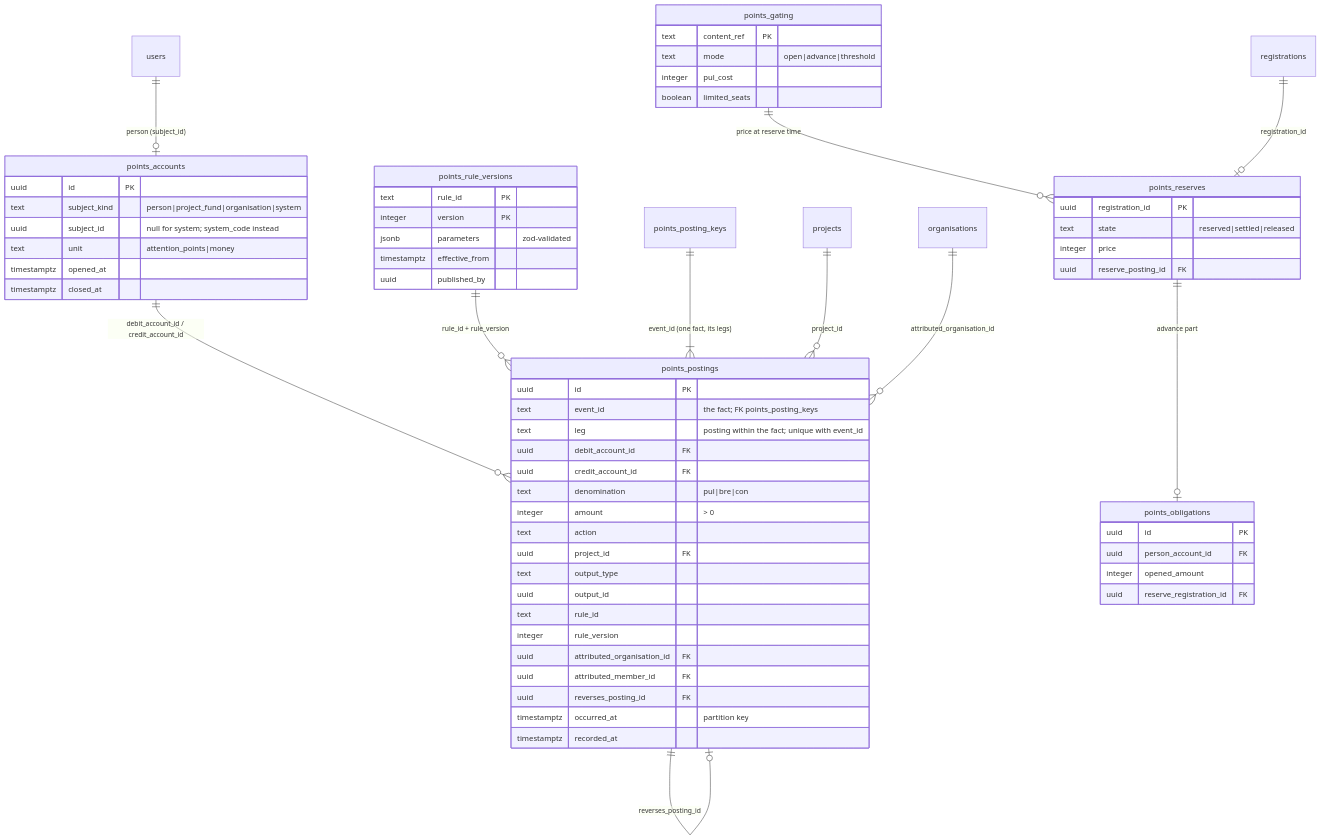
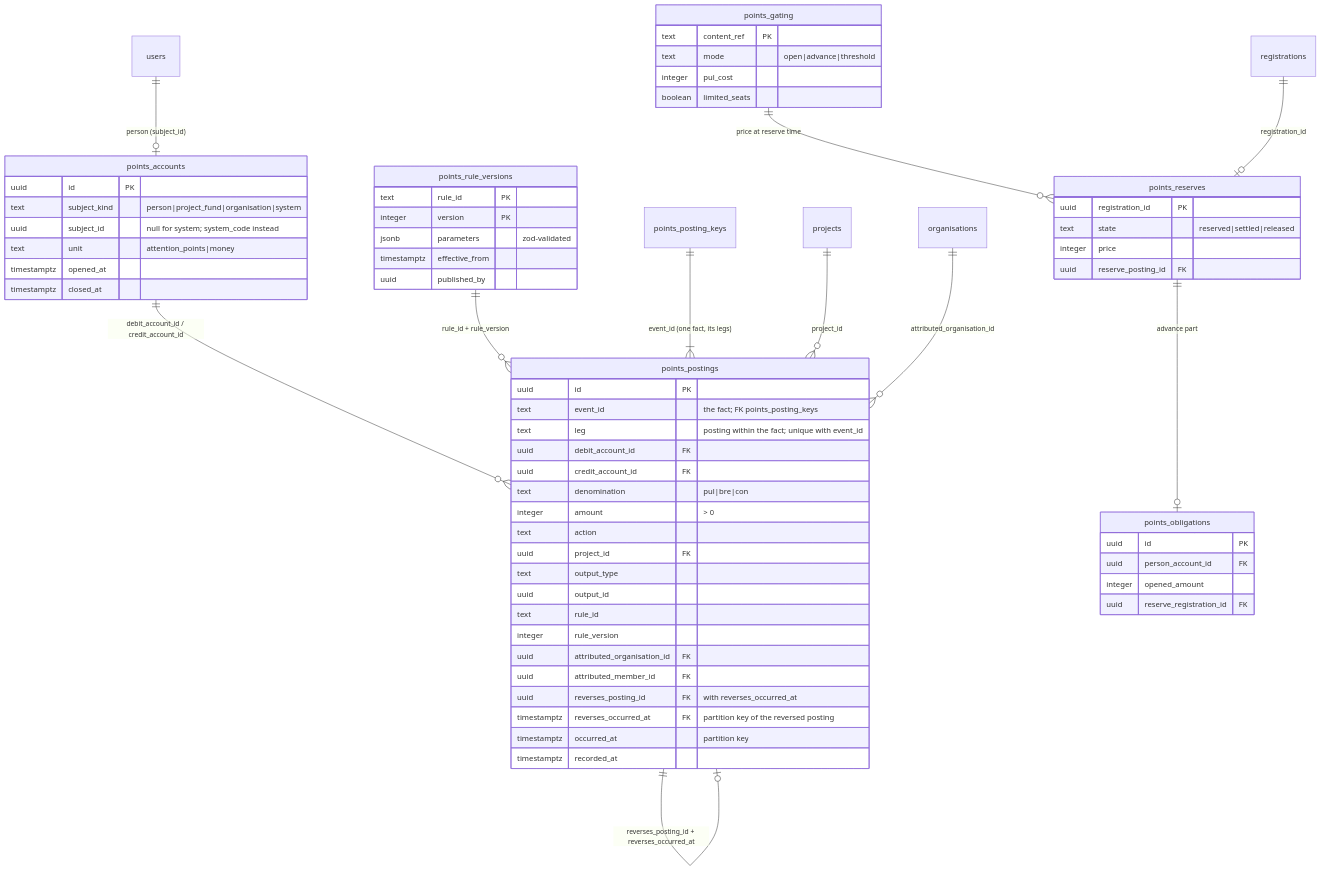
Before and after one commit to doctor-school/ds-platform: the first of 3 diagrams in apps/docs/content/specs/features/025-attention-points-engine/025-design.md, drawn with Mermaid. The commit also changed other lines of this file and 22 other files, not shown here.

First line of the commit message:
feat(3807): 025 attention-points ledger core — accounts, postings, immutability, dedupe, frozen account (#3821)

````diff
--- a/apps/docs/content/specs/features/025-attention-points-engine/025-design.md
+++ b/apps/docs/content/specs/features/025-attention-points-engine/025-design.md
@@ -18,67 +18,68 @@
 ```mermaid
 erDiagram
   users ||--o| points_accounts : "person (subject_id)"
   points_accounts ||--o{ points_postings : "debit_account_id / credit_account_id"
   points_rule_versions ||--o{ points_postings : "rule_id + rule_version"
-  points_postings ||--o| points_postings : "reverses_posting_id"
+  points_postings ||--o| points_postings : "reverses_posting_id + reverses_occurred_at"
   points_posting_keys ||--|{ points_postings : "event_id (one fact, its legs)"
   projects ||--o{ points_postings : "project_id"
   organisations ||--o{ points_postings : "attributed_organisation_id"
   points_gating ||--o{ points_reserves : "price at reserve time"
   registrations ||--o| points_reserves : "registration_id"
   points_reserves ||--o| points_obligations : "advance part"
 
   points_accounts {
     uuid id PK
     text subject_kind "person|project_fund|organisation|system"
     uuid subject_id "null for system; system_code instead"
     text unit "attention_points|money"
     timestamptz opened_at
     timestamptz closed_at
   }
   points_postings {
     uuid id PK
     text event_id "the fact; FK points_posting_keys"
     text leg "posting within the fact; unique with event_id"
     uuid debit_account_id FK
     uuid credit_account_id FK
     text denomination "pul|bre|con"
     integer amount "> 0"
     text action
     uuid project_id FK
     text output_type
     uuid output_id
     text rule_id
     integer rule_version
     uuid attributed_organisation_id FK
     uuid attributed_member_id FK
-    uuid reverses_posting_id FK
+    uuid reverses_posting_id FK "with reverses_occurred_at"
+    timestamptz reverses_occurred_at FK "partition key of the reversed posting"
     timestamptz occurred_at "partition key"
     timestamptz recorded_at
   }
   points_rule_versions {
     text rule_id PK
     integer version PK
     jsonb parameters "zod-validated"
     timestamptz effective_from
     uuid published_by
   }
   points_gating {
     text content_ref PK
     text mode "open|advance|threshold"
     integer pul_cost
     boolean limited_seats
   }
   points_reserves {
     uuid registration_id PK
     text state "reserved|settled|released"
     integer price
     uuid reserve_posting_id FK
   }
   points_obligations {
     uuid id PK
     uuid person_account_id FK
     integer opened_amount
     uuid reserve_registration_id FK
   }
 ```
````
